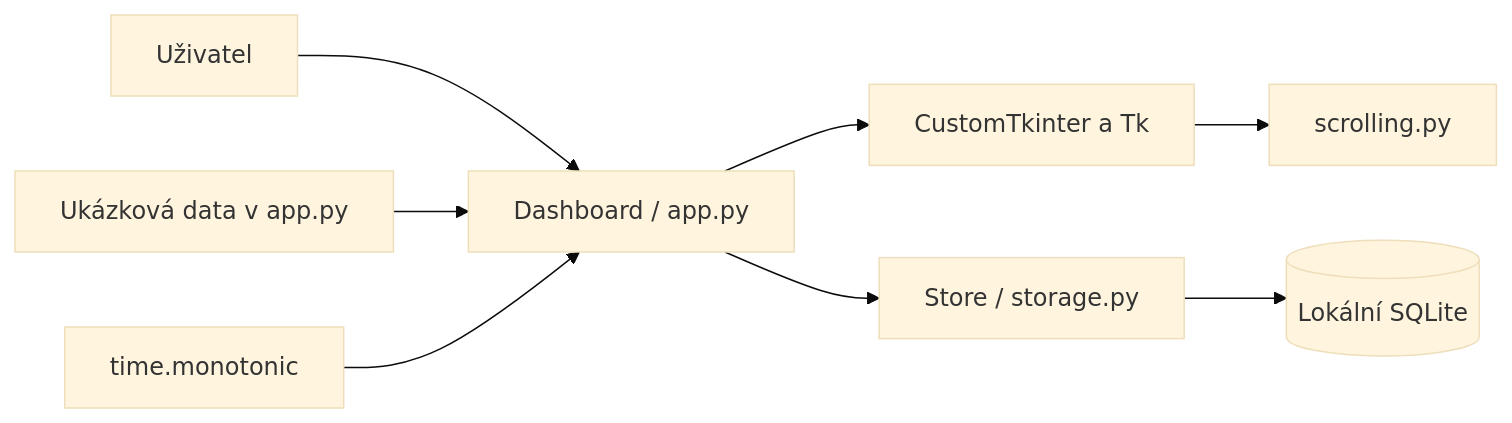
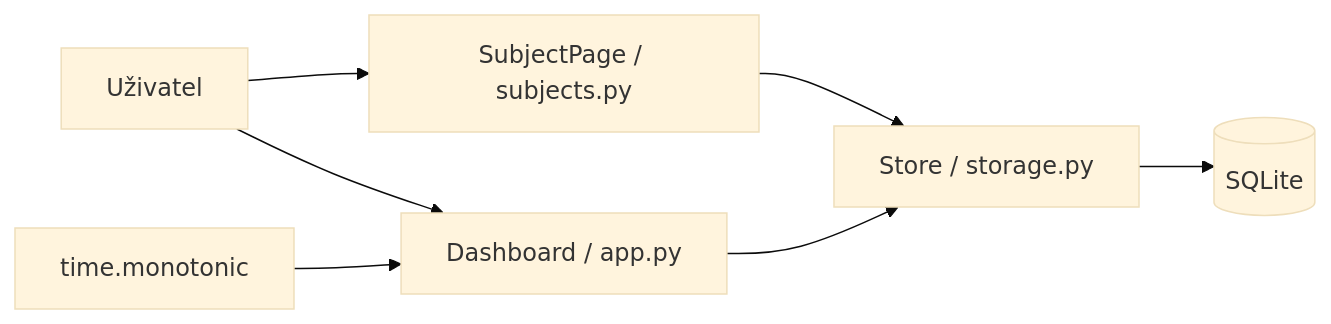
The diagram in docs/CURRENT_ARCHITECTURE.md (turcinv/SOSkuska), drawn with Mermaid (base theme) before and after one commit. The commit also changed other lines of this file and 30 other files, not shown here.

First line of the commit message:
Add persistent subject management and a real study dashboard (#1)

````diff
--- a/docs/CURRENT_ARCHITECTURE.md
+++ b/docs/CURRENT_ARCHITECTURE.md
@@ -22,10 +21,9 @@
 ```mermaid
 flowchart LR
-    User[Uživatel] --> UI[Dashboard / app.py]
-    UI --> Widgets[CustomTkinter a Tk]
-    Widgets --> Scroll[scrolling.py]
-    UI --> Store[Store / storage.py]
-    Store --> DB[(Lokální SQLite)]
-    Samples[Ukázková data v app.py] --> UI
-    Clock[time.monotonic] --> UI
+    User[Uživatel] --> Dashboard[Dashboard / app.py]
+    User --> Subjects[SubjectPage / subjects.py]
+    Subjects --> Store[Store / storage.py]
+    Dashboard --> Store
+    Store --> DB[(SQLite)]
+    Clock[time.monotonic] --> Dashboard
 ```
````
